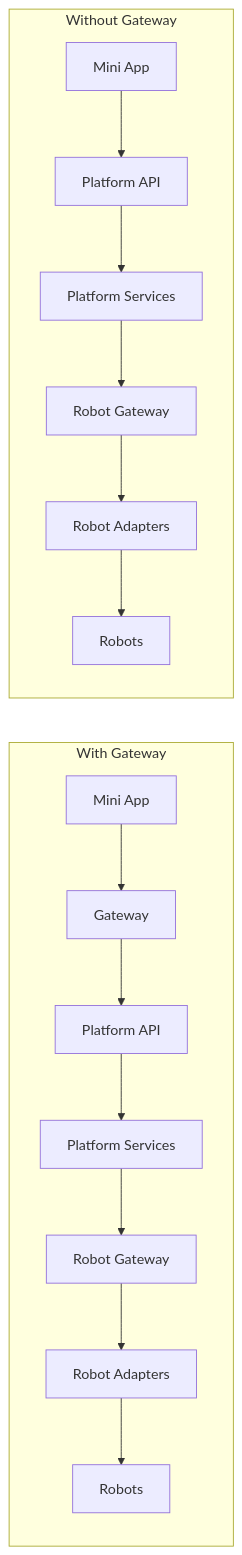
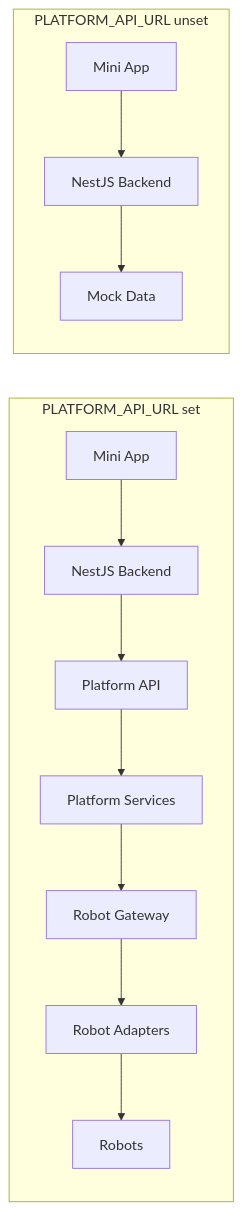
One commit to Saitosar/sai-aurosy-telegram-mini-app changed the second of 5 diagrams in docs/architecture/integration-with-sai-platform.md. Above: the diagram before and after it, drawn with Mermaid. The commit also changed other lines of this file and 45 other files, not shown here.

Commit message:
Update environment configuration, enhance README, and refine backend architecture documentation. Added new dependencies for TON Connect and React Three Fiber, and improved API integration details in various documentation files.

````diff
--- a/docs/architecture/integration-with-sai-platform.md
+++ b/docs/architecture/integration-with-sai-platform.md
@@ -66,10 +66,10 @@
 ```mermaid
 flowchart LR
-    subgraph WithGateway [With Gateway]
-        App1[Mini App] --> GW[Gateway] --> API1[Platform API] --> Svc1[Platform Services] --> RG1[Robot Gateway] --> RA1[Robot Adapters] --> R1[Robots]
+    subgraph WithPlatform [PLATFORM_API_URL set]
+        App1[Mini App] --> Backend1[NestJS Backend] --> API1[Platform API] --> Svc1[Platform Services] --> RG1[Robot Gateway] --> RA1[Robot Adapters] --> R1[Robots]
     end
 
-    subgraph WithoutGateway [Without Gateway]
-        App2[Mini App] --> API2[Platform API] --> Svc2[Platform Services] --> RG2[Robot Gateway] --> RA2[Robot Adapters] --> R2[Robots]
+    subgraph DemoMode [PLATFORM_API_URL unset]
+        App2[Mini App] --> Backend2[NestJS Backend] --> Mock[Mock Data]
     end
 ```
````
